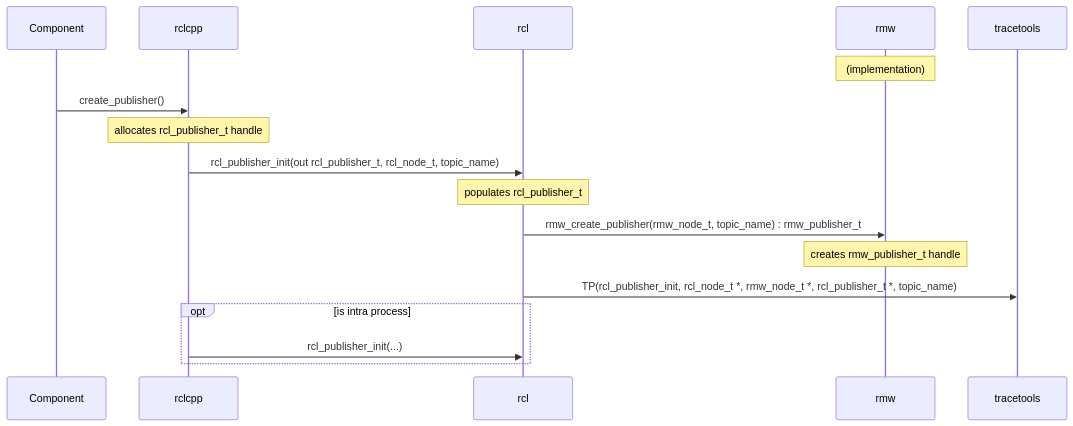
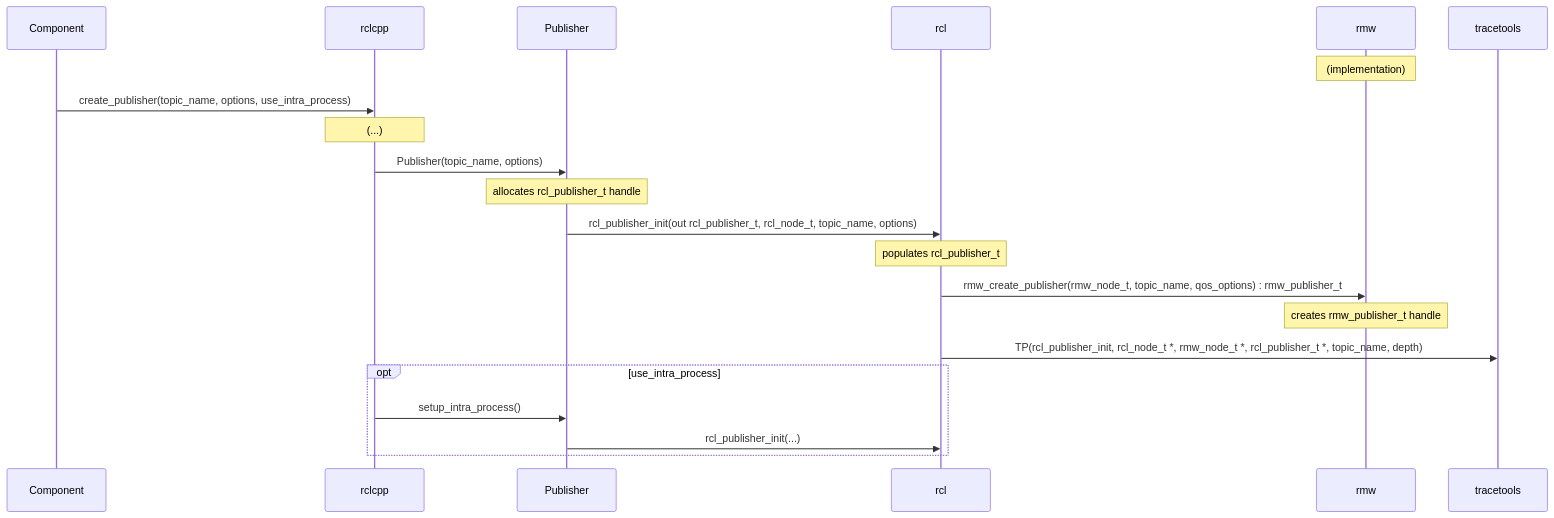
One commit to ros2/ros2_tracing changed the third of 7 diagrams in doc/ros_2.md. Above: the diagram before and after it, drawn with Mermaid. The commit also changed other lines of this file, not shown here.

Commit message:
Add detailed information about important parameters for pub & sub sections

````diff
--- a/doc/ros_2.md
+++ b/doc/ros_2.md
@@ -75,23 +75,27 @@
 ```mermaid
 sequenceDiagram
     participant Component
     participant rclcpp
+    participant Publisher
     participant rcl
     participant rmw
     participant tracetools
 
     Note over rmw: (implementation)
 
-    Component->>rclcpp: create_publisher()
-    Note over rclcpp: allocates rcl_publisher_t handle
-    rclcpp->>rcl: rcl_publisher_init(out rcl_publisher_t, rcl_node_t, topic_name)
+    Component->>rclcpp: create_publisher(topic_name, options, use_intra_process)
+    Note over rclcpp: (...)
+    rclcpp->>Publisher: Publisher(topic_name, options)
+    Note over Publisher: allocates rcl_publisher_t handle
+    Publisher->>rcl: rcl_publisher_init(out rcl_publisher_t, rcl_node_t, topic_name, options)
     Note over rcl: populates rcl_publisher_t
-    rcl->>rmw: rmw_create_publisher(rmw_node_t, topic_name) : rmw_publisher_t
+    rcl->>rmw: rmw_create_publisher(rmw_node_t, topic_name, qos_options) : rmw_publisher_t
     Note over rmw: creates rmw_publisher_t handle
 
-    rcl->>tracetools: TP(rcl_publisher_init, rcl_node_t *, rmw_node_t *, rcl_publisher_t *, topic_name)
+    rcl->>tracetools: TP(rcl_publisher_init, rcl_node_t *, rmw_node_t *, rcl_publisher_t *, topic_name, depth)
 
-    opt is intra process
-        rclcpp->>rcl: rcl_publisher_init(...)
+    opt use_intra_process
+        rclcpp->>Publisher: setup_intra_process()
+        Publisher->>rcl: rcl_publisher_init(...)
     end
 ```
````
